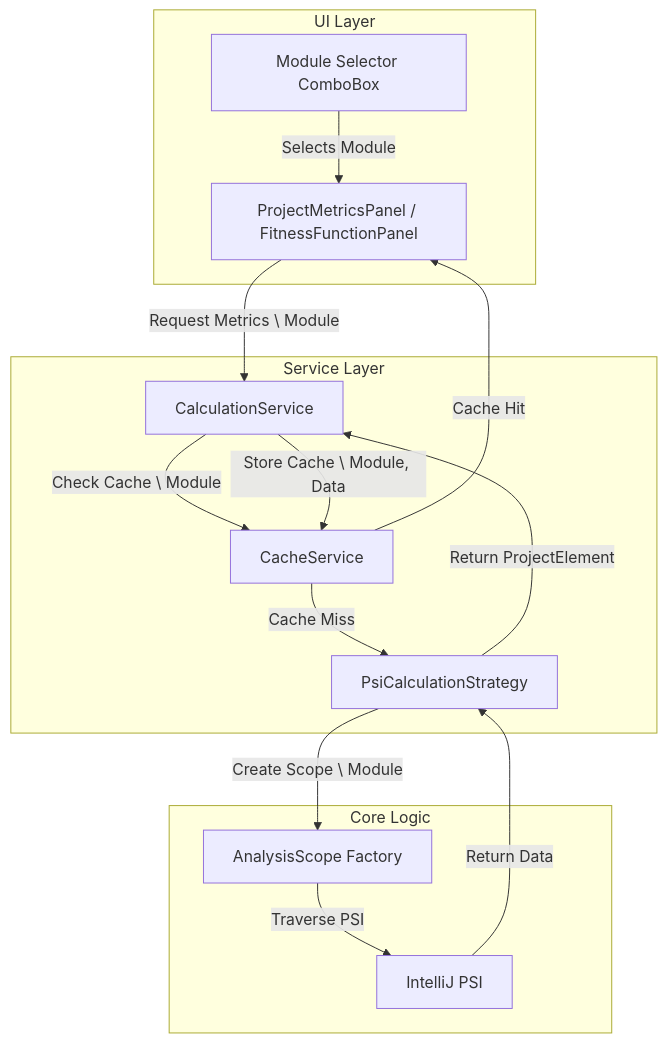
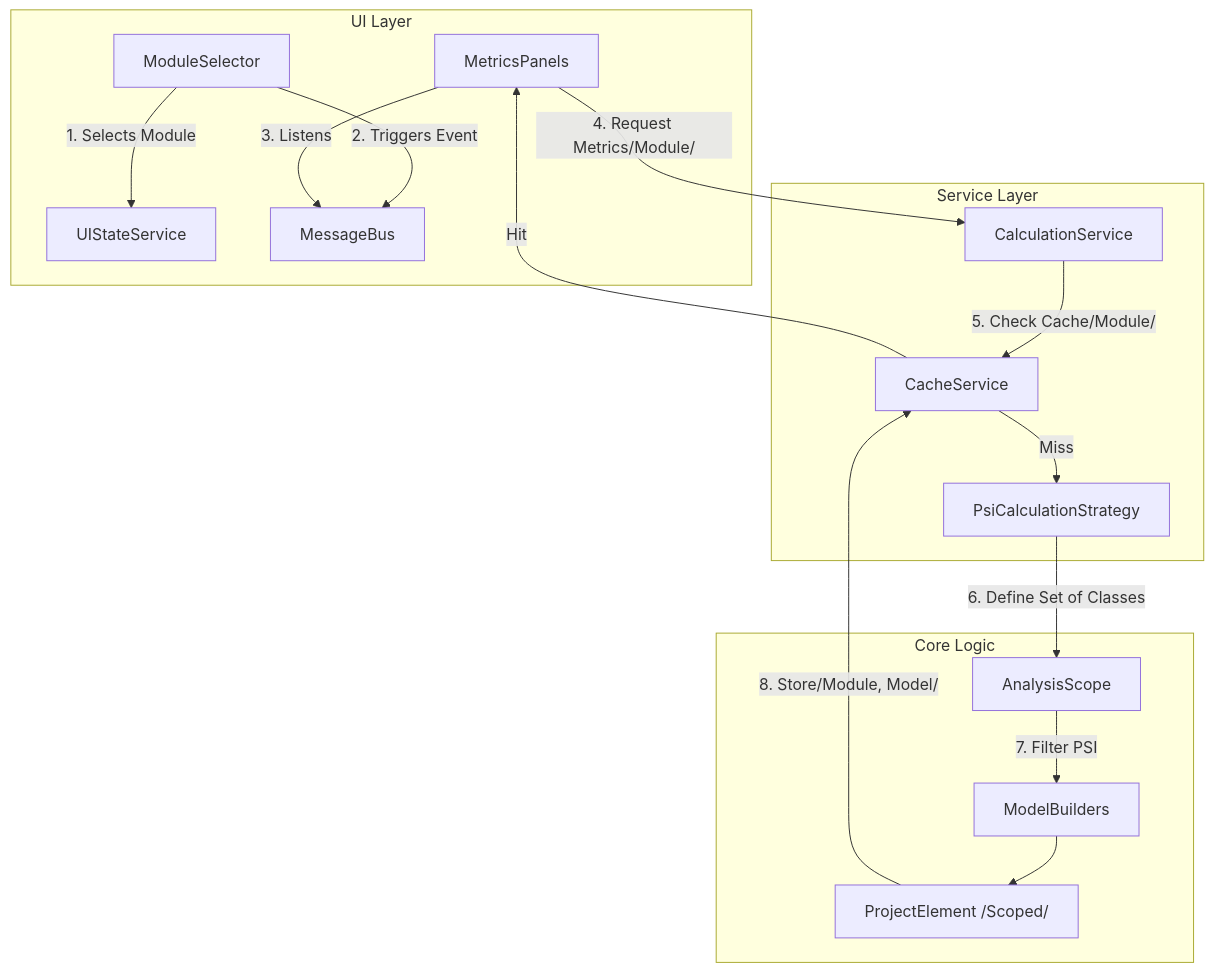
One commit to b333vv/metricstree changed the diagram in docs/modules/refactoring.md. Above: the diagram before and after it, drawn with Mermaid. The commit also changed other lines of this file and 1 other file, not shown here.

````diff
--- a/docs/modules/refactoring.md
+++ b/docs/modules/refactoring.md
@@ -28,31 +28,24 @@
 ```mermaid
 graph TD
     subgraph "UI Layer"
-        UI_Selector[Module Selector ComboBox]
-        UI_Panel[ProjectMetricsPanel / FitnessFunctionPanel]
-        UI_Selector -->|Selects Module| UI_Panel
+        Selector[ModuleSelector] -- "1. Selects Module" --> UIState[UIStateService]
+        Selector -- "2. Triggers Event" --> EventBus[MessageBus]
+        Panel[MetricsPanels] -- "3. Listens" --> EventBus
     end
 
     subgraph "Service Layer"
-        S_Calc[CalculationService]
-        S_Cache[CacheService]
+        Panel -- "4. Request Metrics/Module/" --> CalcService[CalculationService]
+        CalcService -- "5. Check Cache/Module/" --> Cache[CacheService]
         
-        UI_Panel -->|Request Metrics \ Module| S_Calc
-        S_Calc -->|Check Cache \ Module| S_Cache
-        
-        S_Cache -- Cache Hit --> UI_Panel
-        S_Cache -- Cache Miss --> S_Core
+        Cache -- "Hit" --> Panel
+        Cache -- "Miss" --> Strategy[PsiCalculationStrategy]
     end
 
     subgraph "Core Logic"
-        S_Core[PsiCalculationStrategy]
-        S_Scope[AnalysisScope Factory]
-        
-        S_Core -->|Create Scope \ Module| S_Scope
-        S_Scope -->|Traverse PSI| P_PSI[IntelliJ PSI]
-        P_PSI -->|Return Data| S_Core
+        Strategy -- "6. Define Set of Classes" --> Scope[AnalysisScope]
+        Scope -- "7. Filter PSI" --> Builders[ModelBuilders]
+        Builders --> Model[ProjectElement /Scoped/]
     end
-    
-    S_Core -->|Return ProjectElement| S_Calc
-    S_Calc -->|Store Cache \ Module, Data| S_Cache
+
+    Model -- "8. Store/Module, Model/" --> Cache
 ```
````
